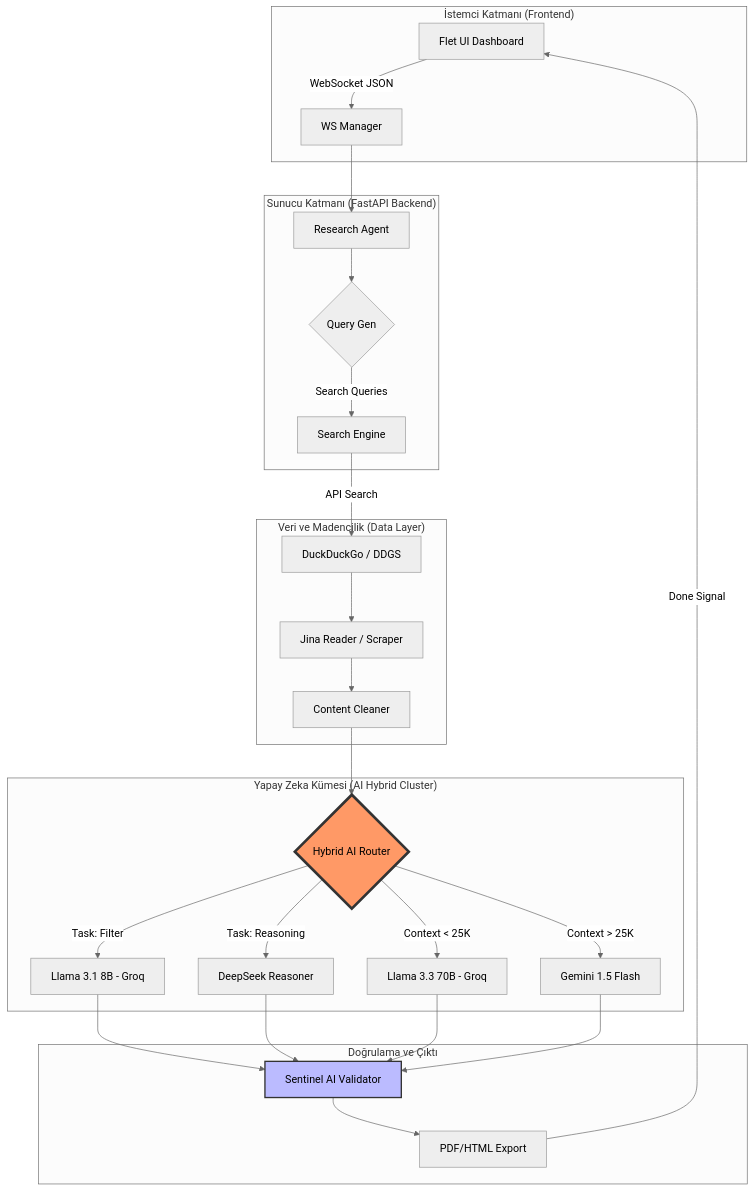
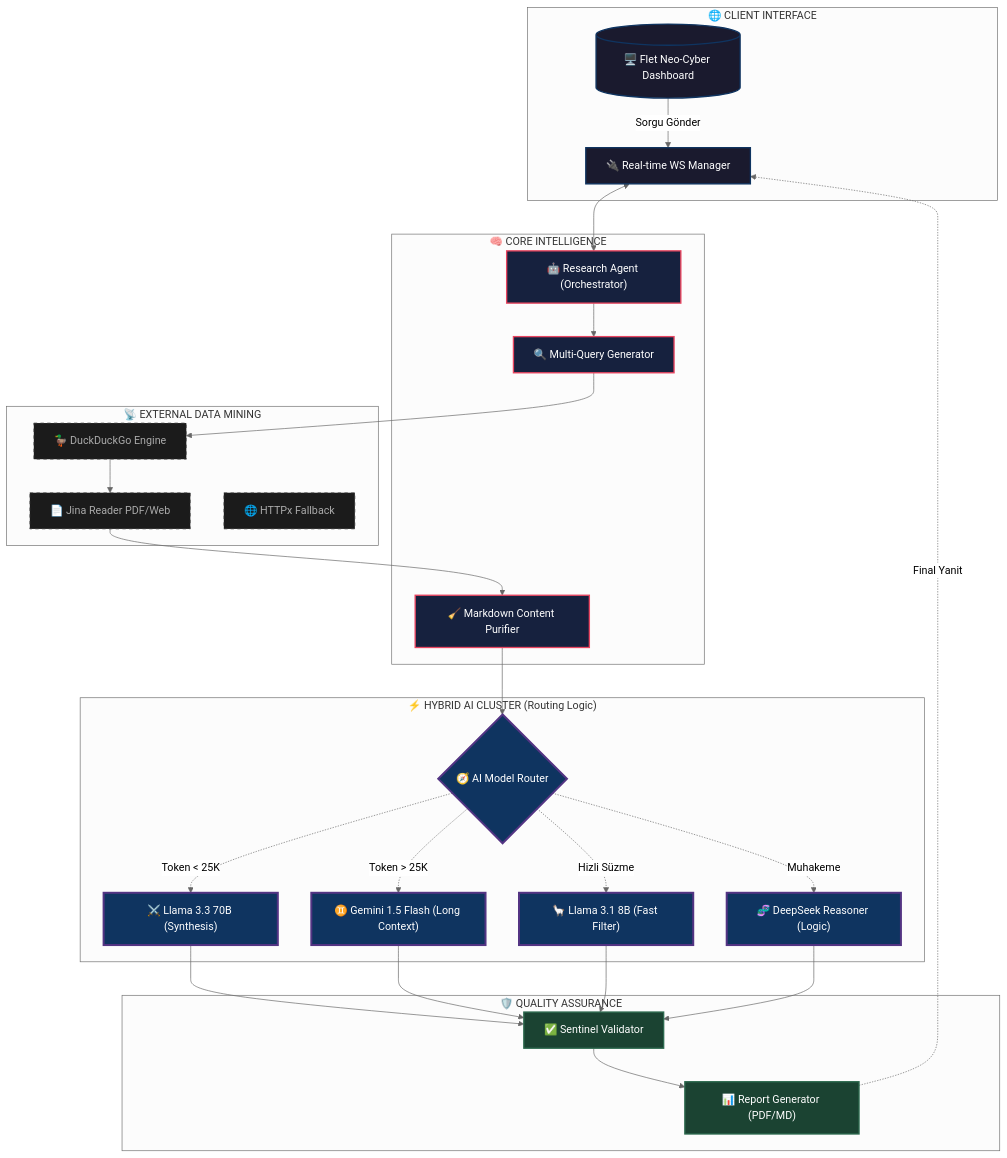
The diagram in README.md (westabdu/Nova-Nexus-Search), drawn with Mermaid (neutral theme) before and after one commit.

````diff
--- a/README.md
+++ b/README.md
@@ -16,35 +16,69 @@
 ```mermaid
-graph TD
-    subgraph "İstemci Katmanı (Frontend)"
-        A[Flet UI Dashboard] -->|WebSocket JSON| B[WS Manager]
+graph TB
+    %% --- Sinif Tanimlari (Profesyonel Renk Paleti) ---
+    classDef frontend fill:#1a1a2e,stroke:#0f3460,stroke-width:2px,color:#fff;
+    classDef backend fill:#16213e,stroke:#e94560,stroke-width:2px,color:#fff;
+    classDef ai fill:#0f3460,stroke:#533483,stroke-width:3px,color:#fff;
+    classDef external fill:#1b1b1b,stroke:#444,stroke-dasharray: 5 5,color:#aaa;
+    classDef validator fill:#1b4332,stroke:#2d6a4f,stroke-width:2px,color:#fff;
+
+    %% --- Katman 1: Kullanici Etkilesimi ---
+    subgraph "🌐 CLIENT INTERFACE"
+        UI[("🖥️ Flet Neo-Cyber Dashboard")]
+        WS_M["🔌 Real-time WS Manager"]
     end
 
-    subgraph "Sunucu Katmanı (FastAPI Backend)"
-        B --> C[Research Agent]
-        C --> D{Query Gen}
-        D -->|Search Queries| E[Search Engine]
+    %% --- Katman 2: Beyin (Backend) ---
+    subgraph "🧠 CORE INTELLIGENCE"
+        AGENT["🤖 Research Agent (Orchestrator)"]
+        QGEN["🔍 Multi-Query Generator"]
+        CLEAN["🧹 Markdown Content Purifier"]
     end
 
-    subgraph "Veri ve Madencilik (Data Layer)"
-        E -->|API Search| F[DuckDuckGo / DDGS]
-        F --> G[Jina Reader / Scraper]
-        G --> H[Content Cleaner]
+    %% --- Katman 3: Veri Kaynaklari ---
+    subgraph "📡 EXTERNAL DATA MINING"
+        DDGS["🦆 DuckDuckGo Engine"]
+        JINA["📄 Jina Reader PDF/Web"]
+        FALL["🌐 HTTPx Fallback"]
     end
 
-    subgraph "Yapay Zeka Kümesi (AI Hybrid Cluster)"
-        H --> I{Hybrid AI Router}
-        I -->|Task: Filter| J[Llama 3.1 8B - Groq]
-        I -->|Task: Reasoning| K[DeepSeek Reasoner]
-        I -->|Context < 25K| L[Llama 3.3 70B - Groq]
-        I -->|Context > 25K| M[Gemini 1.5 Flash]
+    %% --- Katman 4: Yapay Zeka Hibrit Katmani ---
+    subgraph "⚡ HYBRID AI CLUSTER (Routing Logic)"
+        ROUTER{"🧭 AI Model Router"}
+        LLAMA_S["🦙 Llama 3.1 8B (Fast Filter)"]
+        LLAMA_L["⚔️ Llama 3.3 70B (Synthesis)"]
+        GEMINI["♊ Gemini 1.5 Flash (Long Context)"]
+        DEEP["🧬 DeepSeek Reasoner (Logic)"]
     end
 
-    subgraph "Doğrulama ve Çıktı"
-        J & K & L & M --> N[Sentinel AI Validator]
-        N --> O[PDF/HTML Export]
-        O -->|Done Signal| A
+    %% --- Katman 5: Kalite Kontrol ---
+    subgraph "🛡️ QUALITY ASSURANCE"
+        VAL["✅ Sentinel Validator"]
+        REP["📊 Report Generator (PDF/MD)"]
     end
 
-    style I fill:#f96,stroke:#333,stroke-width:4px
-    style N fill:#bbf,stroke:#333,stroke-width:2px
+    %% --- Akis Baglantilari ---
+    UI -->|Sorgu Gönder| WS_M
+    WS_M <--> AGENT
+    AGENT --> QGEN
+    QGEN --> DDGS
+    DDGS --> JINA
+    JINA --> CLEAN
+    CLEAN --> ROUTER
+
+    ROUTER -.->|Token < 25K| LLAMA_L
+    ROUTER -.->|Token > 25K| GEMINI
+    ROUTER -.->|Hizli Süzme| LLAMA_S
+    ROUTER -.->|Muhakeme| DEEP
+
+    LLAMA_L & GEMINI & LLAMA_S & DEEP --> VAL
+    VAL --> REP
+    REP -.->|Final Yanit| WS_M
+
+    %% --- Stil Atamalari ---
+    class UI,WS_M frontend;
+    class AGENT,QGEN,CLEAN backend;
+    class ROUTER,LLAMA_S,LLAMA_L,GEMINI,DEEP ai;
+    class DDGS,JINA,FALL external;
+    class VAL,REP validator;
 ```
````
